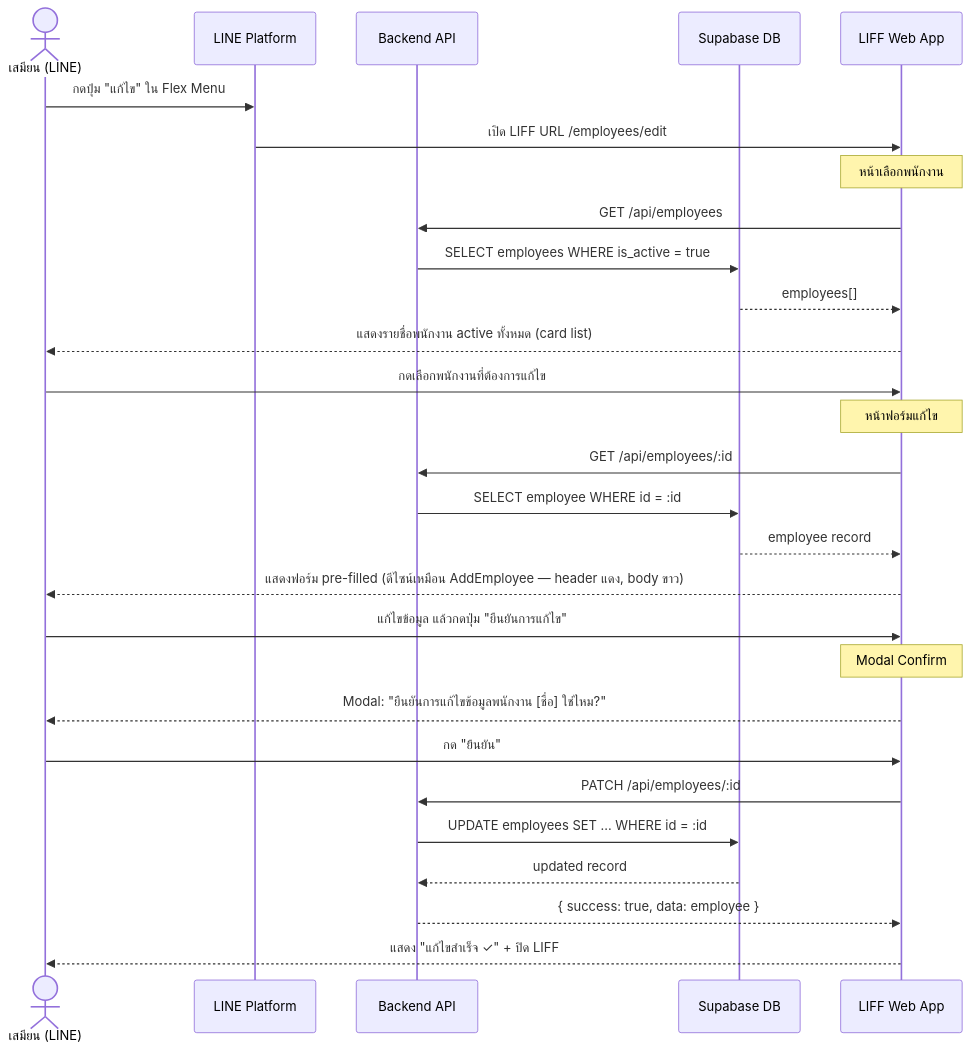
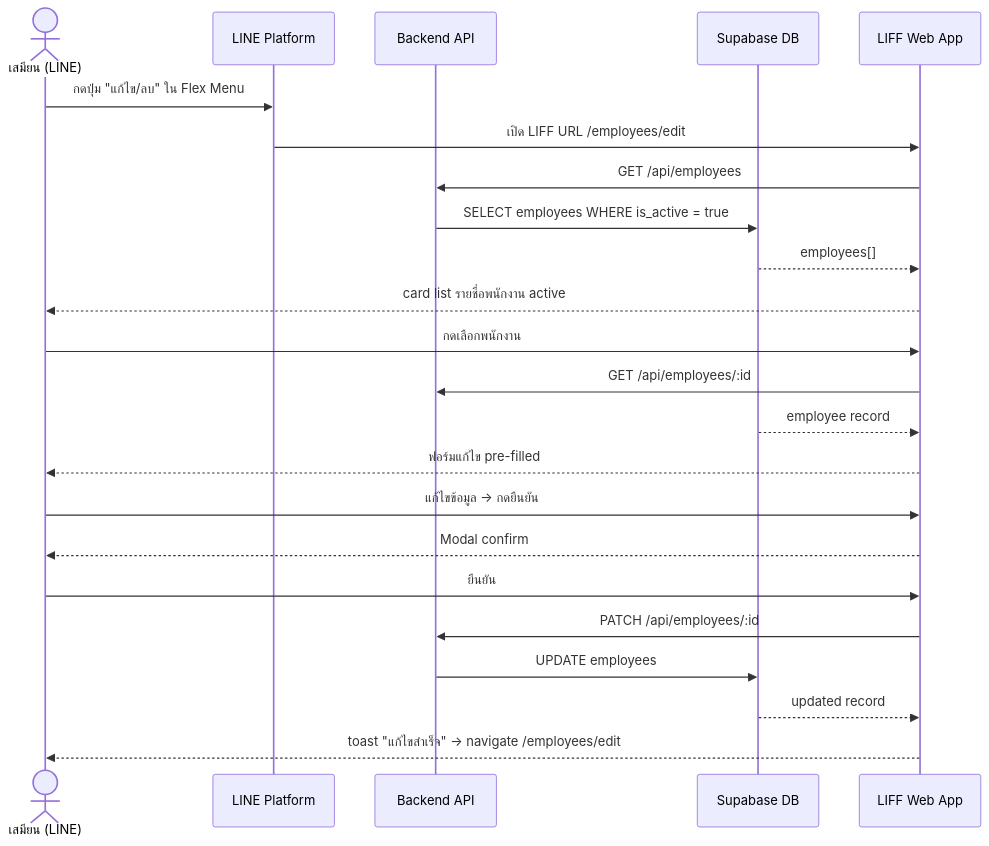
The third of 3 diagrams in doct/TECH_SPEC.md (b33mx/jass), drawn with Mermaid before and after one commit. The commit also changed other lines of this file and 5 other files, not shown here.

````diff
--- a/doct/TECH_SPEC.md
+++ b/doct/TECH_SPEC.md
@@ -363,35 +269,29 @@
 ```mermaid
 sequenceDiagram
     actor เสมียน as เสมียน (LINE)
     participant LINE as LINE Platform
     participant API as Backend API
     participant DB as Supabase DB
     participant LIFF as LIFF Web App
 
-    เสมียน->>LINE: กดปุ่ม "แก้ไข" ใน Flex Menu
+    เสมียน->>LINE: กดปุ่ม "แก้ไข/ลบ" ใน Flex Menu
     LINE->>LIFF: เปิด LIFF URL /employees/edit
 
-    Note over LIFF: หน้าเลือกพนักงาน
     LIFF->>API: GET /api/employees
     API->>DB: SELECT employees WHERE is_active = true
     DB-->>LIFF: employees[]
-    LIFF-->>เสมียน: แสดงรายชื่อพนักงาน active ทั้งหมด (card list)
-    เสมียน->>LIFF: กดเลือกพนักงานที่ต้องการแก้ไข
+    LIFF-->>เสมียน: card list รายชื่อพนักงาน active
 
-    Note over LIFF: หน้าฟอร์มแก้ไข
+    เสมียน->>LIFF: กดเลือกพนักงาน
     LIFF->>API: GET /api/employees/:id
-    API->>DB: SELECT employee WHERE id = :id
     DB-->>LIFF: employee record
-    LIFF-->>เสมียน: แสดงฟอร์ม pre-filled (ดีไซน์เหมือน AddEmployee — header แดง, body ขาว)
-    เสมียน->>LIFF: แก้ไขข้อมูล แล้วกดปุ่ม "ยืนยันการแก้ไข"
+    LIFF-->>เสมียน: ฟอร์มแก้ไข pre-filled
 
-    Note over LIFF: Modal Confirm
-    LIFF-->>เสมียน: Modal: "ยืนยันการแก้ไขข้อมูลพนักงาน [ชื่อ] ใช่ไหม?"
-    เสมียน->>LIFF: กด "ยืนยัน"
-
+    เสมียน->>LIFF: แก้ไขข้อมูล → กดยืนยัน
+    LIFF-->>เสมียน: Modal confirm
+    เสมียน->>LIFF: ยืนยัน
     LIFF->>API: PATCH /api/employees/:id
-    API->>DB: UPDATE employees SET ... WHERE id = :id
-    DB-->>API: updated record
-    API-->>LIFF: { success: true, data: employee }
-    LIFF-->>เสมียน: แสดง "แก้ไขสำเร็จ ✓" + ปิด LIFF
+    API->>DB: UPDATE employees
+    DB-->>LIFF: updated record
+    LIFF-->>เสมียน: toast "แก้ไขสำเร็จ" → navigate /employees/edit
 ```
````
